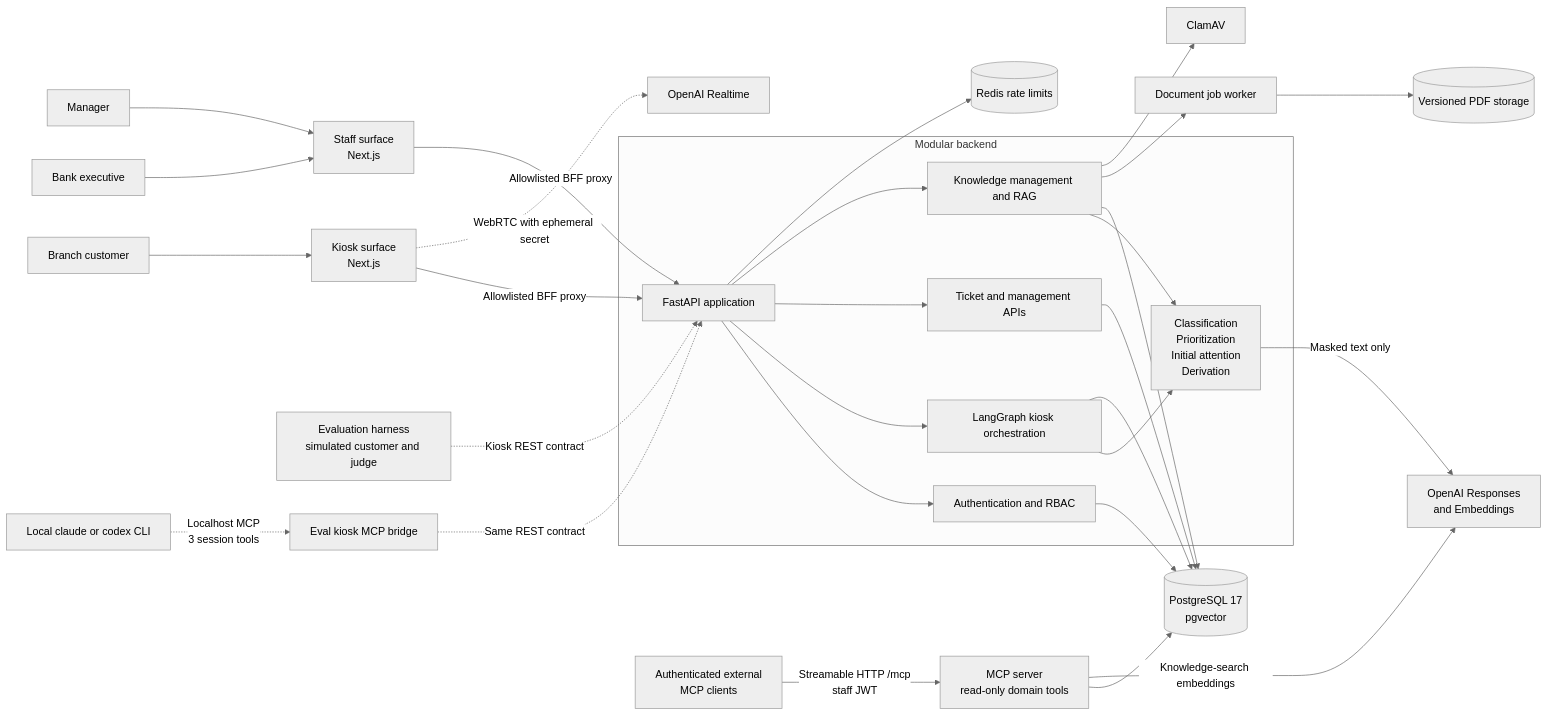
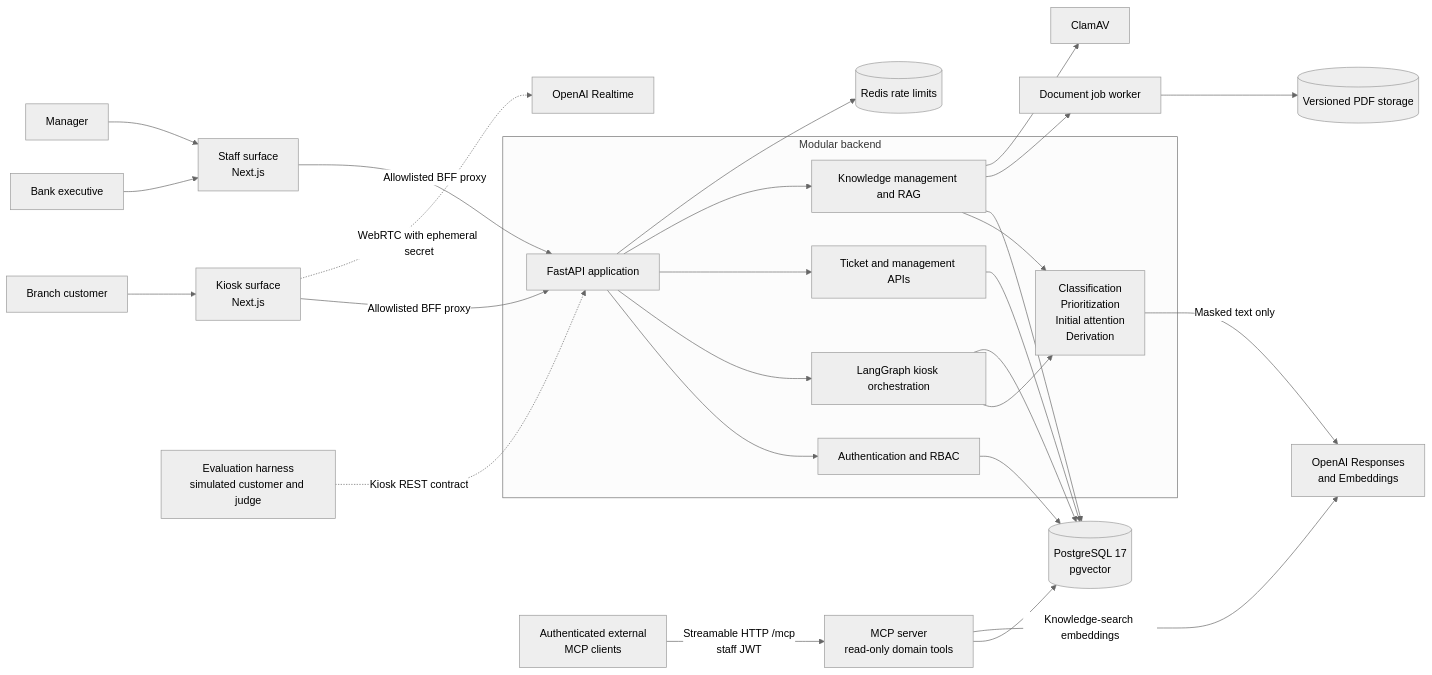
Before and after one commit to ChristianMendozaa/banking-orchestration-system: the first of 2 diagrams in docs/architecture.md, drawn with Mermaid (neutral theme). The commit also changed other lines of this file and 23 other files, not shown here.

First line of the commit message:
Remove the codex and claude-code eval providers

````diff
--- a/docs/architecture.md
+++ b/docs/architecture.md
@@ -3,36 +3,34 @@
 ```mermaid
 flowchart LR
     Customer[Branch customer] --> Kiosk[Kiosk surface<br/>Next.js]
     Executive[Bank executive] --> Staff[Staff surface<br/>Next.js]
     Manager[Manager] --> Staff
     Eval[Evaluation harness<br/>simulated customer and judge] -.->|Kiosk REST contract| API
-    CliAgent[Local claude or codex CLI] -.->|Localhost MCP<br/>3 session tools| Bridge[Eval kiosk MCP bridge]
-    Bridge -.->|Same REST contract| API
 
     Kiosk -->|Allowlisted BFF proxy| API[FastAPI application]
     Staff -->|Allowlisted BFF proxy| API
     Kiosk -.->|WebRTC with ephemeral secret| Realtime[OpenAI Realtime]
 
     subgraph Backend[Modular backend]
         API --> Auth[Authentication and RBAC]
         API --> Orchestrator[LangGraph kiosk orchestration]
         API --> Operations[Ticket and management APIs]
         API --> Knowledge[Knowledge management and RAG]
         Orchestrator --> Agents[Classification<br/>Prioritization<br/>Initial attention<br/>Derivation]
         Knowledge --> Agents
     end
 
     Auth --> PostgreSQL[(PostgreSQL 17<br/>pgvector)]
     Orchestrator --> PostgreSQL
     Operations --> PostgreSQL
     Knowledge --> PostgreSQL
     Knowledge --> Queue[Document job worker]
     Queue --> Documents[(Versioned PDF storage)]
     Knowledge --> Scanner[ClamAV]
     API --> Redis[(Redis rate limits)]
     Agents -->|Masked text only| OpenAI[OpenAI Responses<br/>and Embeddings]
 
     MCPClients[Authenticated external<br/>MCP clients] -->|Streamable HTTP /mcp<br/>staff JWT| MCP[MCP server<br/>read-only domain tools]
     MCP --> PostgreSQL
     MCP -->|Knowledge-search embeddings| OpenAI
 ```
````
